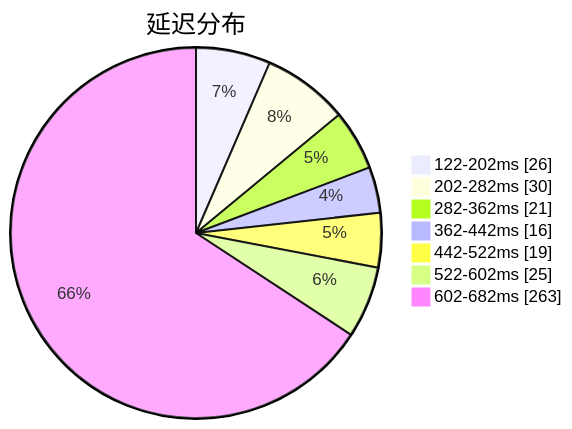
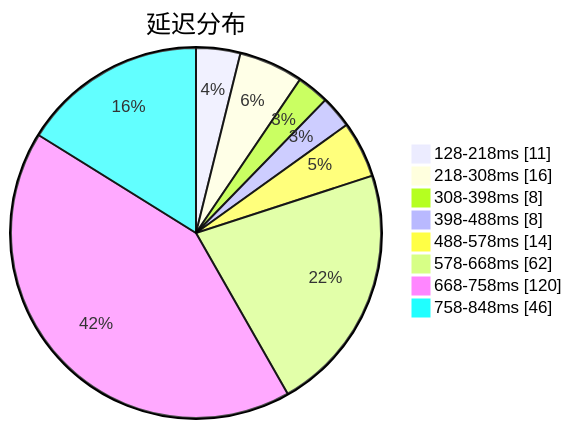
The first of 3 diagrams in subs/statistics/tested_within.md (qjlxg/airport), drawn with Mermaid before and after one commit. The commit also changed other lines of this file and 2 other files, not shown here.

````diff
--- a/subs/statistics/tested_within.md
+++ b/subs/statistics/tested_within.md
@@ -2,11 +2,12 @@
 ```mermaid
 pie showData
 title 延迟分布
-"122-202ms" : 26
-"202-282ms" : 30
-"282-362ms" : 21
-"362-442ms" : 16
-"442-522ms" : 19
-"522-602ms" : 25
-"602-682ms" : 263
+"128-218ms" : 11
+"218-308ms" : 16
+"308-398ms" : 8
+"398-488ms" : 8
+"488-578ms" : 14
+"578-668ms" : 62
+"668-758ms" : 120
+"758-848ms" : 46
 ```
````
